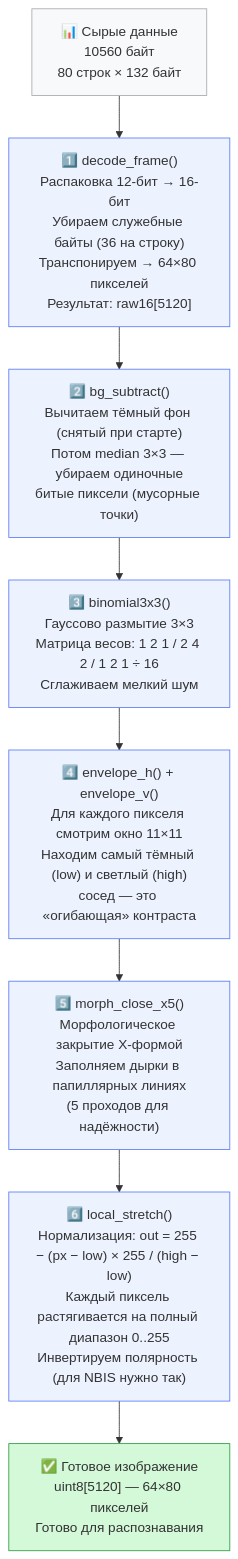
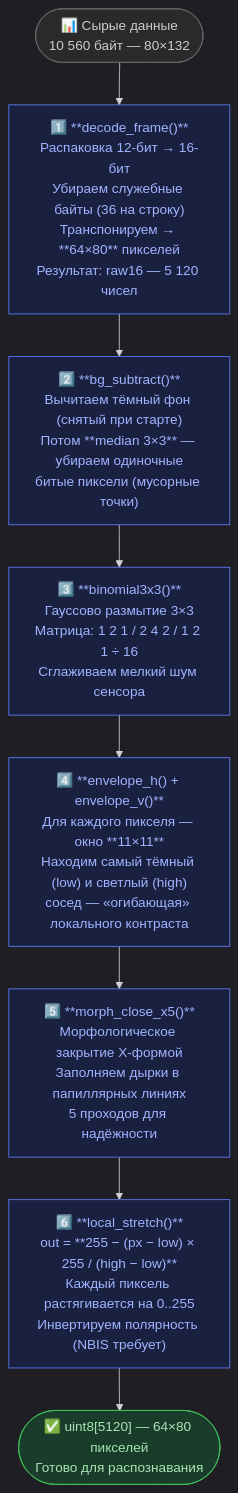
The seventh of 13 diagrams in DIAGRAM_RU.md (mrcook1e-ai/goodix-gm168), drawn with Mermaid before and after one commit. The commit also changed other lines of this file, not shown here.

````diff
--- a/DIAGRAM_RU.md
+++ b/DIAGRAM_RU.md
@@ -179,29 +179,30 @@
 ```mermaid
+%%{init: {'theme': 'dark'}}%%
 flowchart TD
-    RAW["📊 Сырые данные\n10560 байт\n80 строк × 132 байт"]
+    RAW(["📊 Сырые данные\n10 560 байт — 80×132"])
 
-    D1["1️⃣ decode_frame()\nРаспаковка 12-бит → 16-бит\nУбираем служебные байты (36 на строку)\nТранспонируем → 64×80 пикселей\nРезультат: raw16[5120]"]
+    D1["1️⃣ **decode_frame()**\nРаспаковка 12-бит → 16-бит\nУбираем служебные байты (36 на строку)\nТранспонируем → **64×80** пикселей\nРезультат: raw16 — 5 120 чисел"]
 
-    D2["2️⃣ bg_subtract()\nВычитаем тёмный фон (снятый при старте)\nПотом median 3×3 — убираем одиночные\nбитые пиксели (мусорные точки)"]
+    D2["2️⃣ **bg_subtract()**\nВычитаем тёмный фон (снятый при старте)\nПотом **median 3×3** — убираем одиночные\nбитые пиксели (мусорные точки)"]
 
-    D3["3️⃣ binomial3x3()\nГауссово размытие 3×3\nМатрица весов: 1 2 1 / 2 4 2 / 1 2 1 ÷ 16\nСглаживаем мелкий шум"]
+    D3["3️⃣ **binomial3x3()**\nГауссово размытие 3×3\nМатрица: 1 2 1 / 2 4 2 / 1 2 1 ÷ 16\nСглаживаем мелкий шум сенсора"]
 
-    D4["4️⃣ envelope_h() + envelope_v()\nДля каждого пикселя смотрим окно 11×11\nНаходим самый тёмный (low) и светлый (high)\nсосед — это «огибающая» контраста"]
+    D4["4️⃣ **envelope_h() + envelope_v()**\nДля каждого пикселя — окно **11×11**\nНаходим самый тёмный (low) и светлый (high)\nсосед — «огибающая» локального контраста"]
 
-    D5["5️⃣ morph_close_x5()\nМорфологическое закрытие X-формой\nЗаполняем дырки в папиллярных линиях\n(5 проходов для надёжности)"]
+    D5["5️⃣ **morph_close_x5()**\nМорфологическое закрытие X-формой\nЗаполняем дырки в папиллярных линиях\n5 проходов для надёжности"]
 
-    D6["6️⃣ local_stretch()\nНормализация: out = 255 − (px − low) × 255 / (high − low)\nКаждый пиксель растягивается на полный диапазон 0..255\nИнвертируем полярность (для NBIS нужно так)"]
+    D6["6️⃣ **local_stretch()**\nout = **255 − (px − low) × 255 / (high − low)**\nКаждый пиксель растягивается на 0..255\nИнвертируем полярность (NBIS требует)"]
 
-    D7["✅ Готовое изображение\nuint8[5120] — 64×80 пикселей\nГотово для распознавания"]
+    DONE(["✅ uint8[5120] — 64×80 пикселей\nГотово для распознавания"])
 
-    RAW --> D1 --> D2 --> D3 --> D4 --> D5 --> D6 --> D7
+    RAW --> D1 --> D2 --> D3 --> D4 --> D5 --> D6 --> DONE
 
-    style RAW fill:#f8f9fa,stroke:#aaa
-    style D1 fill:#edf2ff,stroke:#5c7cfa
-    style D2 fill:#edf2ff,stroke:#5c7cfa
-    style D3 fill:#edf2ff,stroke:#5c7cfa
-    style D4 fill:#edf2ff,stroke:#5c7cfa
-    style D5 fill:#edf2ff,stroke:#5c7cfa
-    style D6 fill:#edf2ff,stroke:#5c7cfa
-    style D7 fill:#d3f9d8,stroke:#2f9e44
+    style RAW fill:#2a2a2a,stroke:#666,color:#ccc
+    style D1 fill:#1a2040,stroke:#5c7cfa,color:#a0b4ff
+    style D2 fill:#1a2040,stroke:#5c7cfa,color:#a0b4ff
+    style D3 fill:#1a2040,stroke:#5c7cfa,color:#a0b4ff
+    style D4 fill:#1a2040,stroke:#5c7cfa,color:#a0b4ff
+    style D5 fill:#1a2040,stroke:#5c7cfa,color:#a0b4ff
+    style D6 fill:#1a2040,stroke:#5c7cfa,color:#a0b4ff
+    style DONE fill:#1a3d2b,stroke:#40c057,color:#a6e3b2
 ```
````
